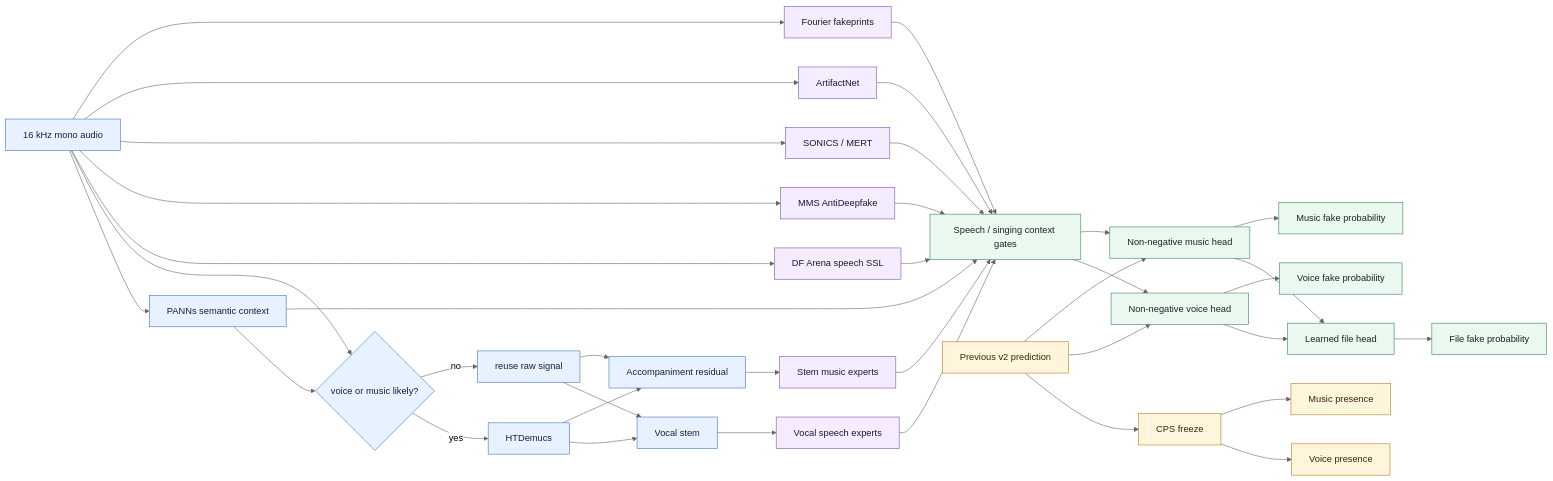
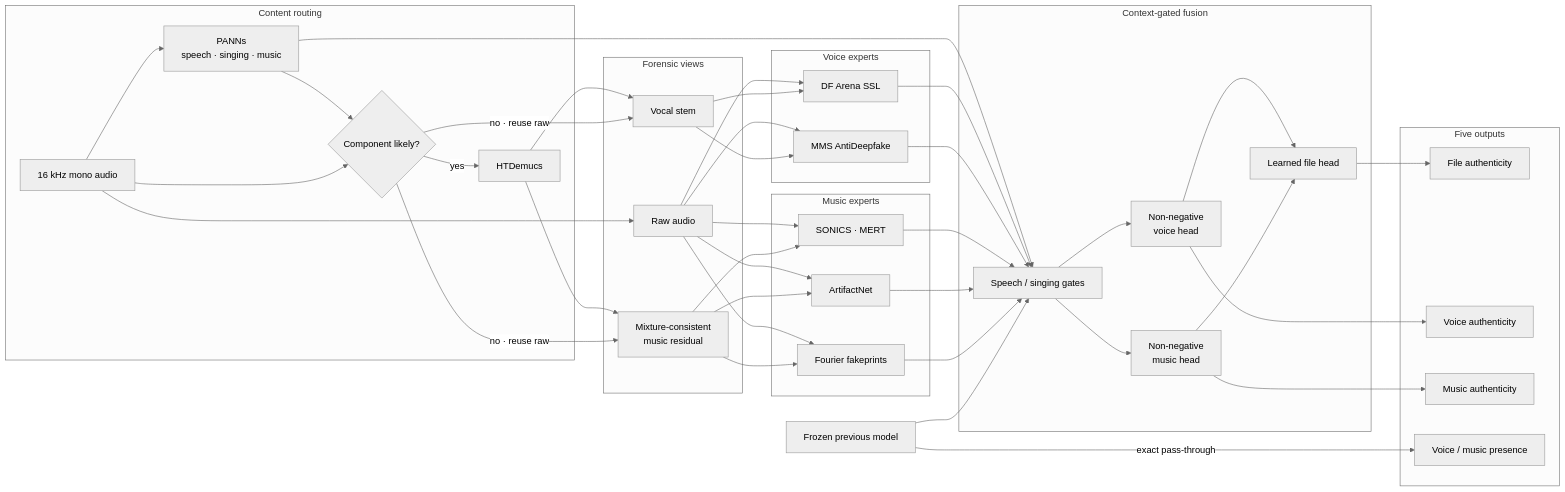
One commit to choi0312/multicomponent-audio-deepfake-detection changed the diagram in README.md. Above: the diagram before and after it, drawn with Mermaid (neutral theme). The commit also changed other lines of this file and 4 other files, not shown here.

````diff
--- a/README.md
+++ b/README.md
@@ -25,53 +39,75 @@
 ```mermaid
 flowchart LR
-    A[16 kHz mono audio] --> B[PANNs semantic context]
-    A --> C{voice or music likely?}
-    B --> C
-    C -->|yes| D[HTDemucs]
-    C -->|no| E[reuse raw signal]
-    D --> V[Vocal stem]
-    D --> M[Accompaniment residual]
-    E --> V
-    E --> M
+    X[16 kHz mono audio]
 
-    A --> S1[DF Arena speech SSL]
-    A --> S2[MMS AntiDeepfake]
-    V --> S3[Vocal speech experts]
+    subgraph routing[Content routing]
+        P[PANNs<br/>speech · singing · music]
+        Q{Component likely?}
+        D[HTDemucs]
+        X --> P --> Q
+        X --> Q
+        Q -->|yes| D
+    end
 
-    A --> U1[SONICS / MERT]
-    A --> U2[ArtifactNet]
-    A --> U3[Fourier fakeprints]
-    M --> U4[Stem music experts]
+    subgraph views[Forensic views]
+        R[Raw audio]
+        V[Vocal stem]
+        M[Mixture-consistent<br/>music residual]
+        X --> R
+        D --> V
+        D --> M
+        Q -->|no · reuse raw| V
+        Q -->|no · reuse raw| M
+    end
 
-    B --> G[Speech / singing context gates]
-    S1 --> G
-    S2 --> G
-    S3 --> G
-    U1 --> G
-    U2 --> G
-    U3 --> G
-    U4 --> G
+    subgraph voice[Voice experts]
+        VA[DF Arena SSL]
+        VB[MMS AntiDeepfake]
+        R --> VA
+        V --> VA
+        R --> VB
+        V --> VB
+    end
 
-    G --> H1[Non-negative voice head]
-    G --> H2[Non-negative music head]
-    H1 --> R[Learned file head]
-    H2 --> R
-    R --> O1[File fake probability]
-    H1 --> O2[Voice fake probability]
-    H2 --> O3[Music fake probability]
+    subgraph music[Music experts]
+        MA[SONICS · MERT]
+        MB[ArtifactNet]
+        MC[Fourier fakeprints]
+        R --> MA
+        M --> MA
+        R --> MB
+        M --> MB
+        R --> MC
+        M --> MC
+    end
 
-    F[Previous v2 prediction] --> X[CPS freeze]
-    X --> O4[Voice presence]
-    X --> O5[Music presence]
-    F --> H1
-    F --> H2
+    subgraph fusion[Context-gated fusion]
+        G[Speech / singing gates]
+        VH[Non-negative<br/>voice head]
+        MH[Non-negative<br/>music head]
+        FH[Learned file head]
+        P --> G
+        VA --> G
+        VB --> G
+        MA --> G
+        MB --> G
+        MC --> G
+        G --> VH
+        G --> MH
+        VH --> FH
+        MH --> FH
+    end
 
-    classDef input fill:#e8f1ff,stroke:#3974c6,color:#152238
-    classDef expert fill:#f5edff,stroke:#7950b5,color:#21152f
-    classDef head fill:#eaf8ef,stroke:#36845a,color:#13291d
-    classDef frozen fill:#fff4dc,stroke:#ba7b19,color:#35250b
-    class A,B,C,D,E,V,M input
-    class S1,S2,S3,U1,U2,U3,U4 expert
-    class G,H1,H2,R,O1,O2,O3 head
-    class F,X,O4,O5 frozen
+    subgraph outputs[Five outputs]
+        OF[File authenticity]
+        OV[Voice authenticity]
+        OM[Music authenticity]
+        OP[Voice / music presence]
+        FH --> OF
+        VH --> OV
+        MH --> OM
+    end
+
+    B[Frozen previous model] --> G
+    B -->|exact pass-through| OP
 ```
````
